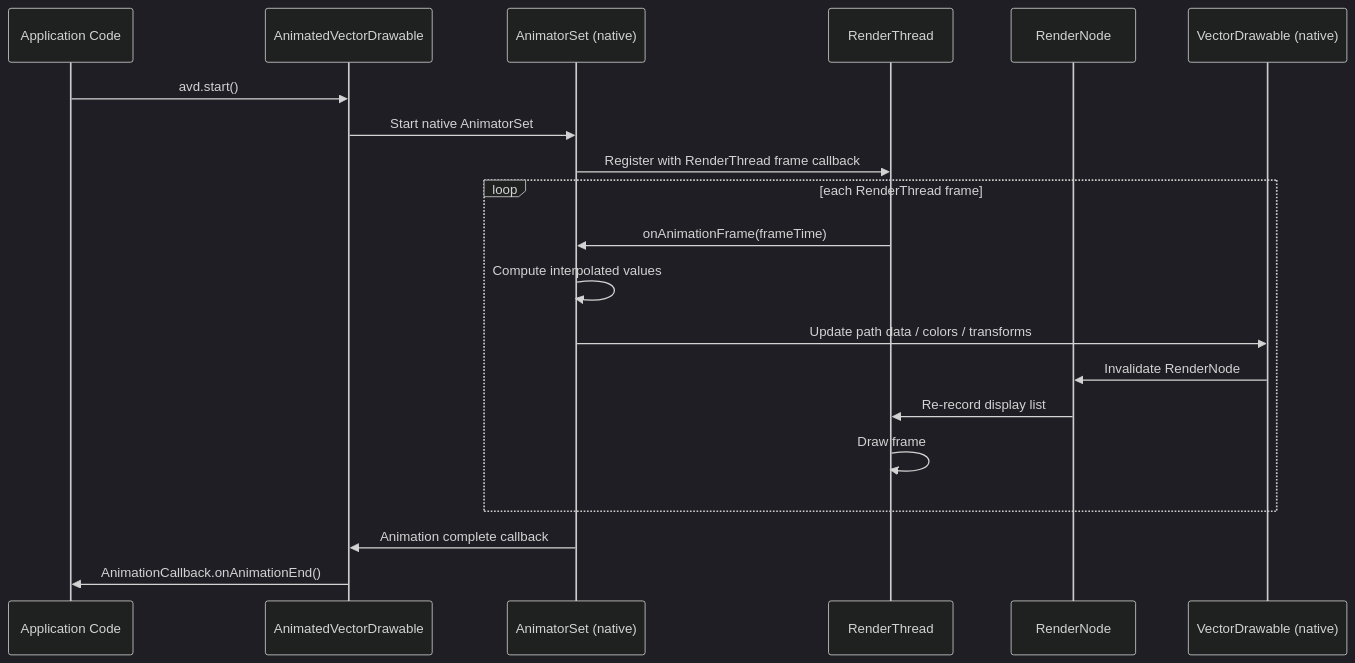
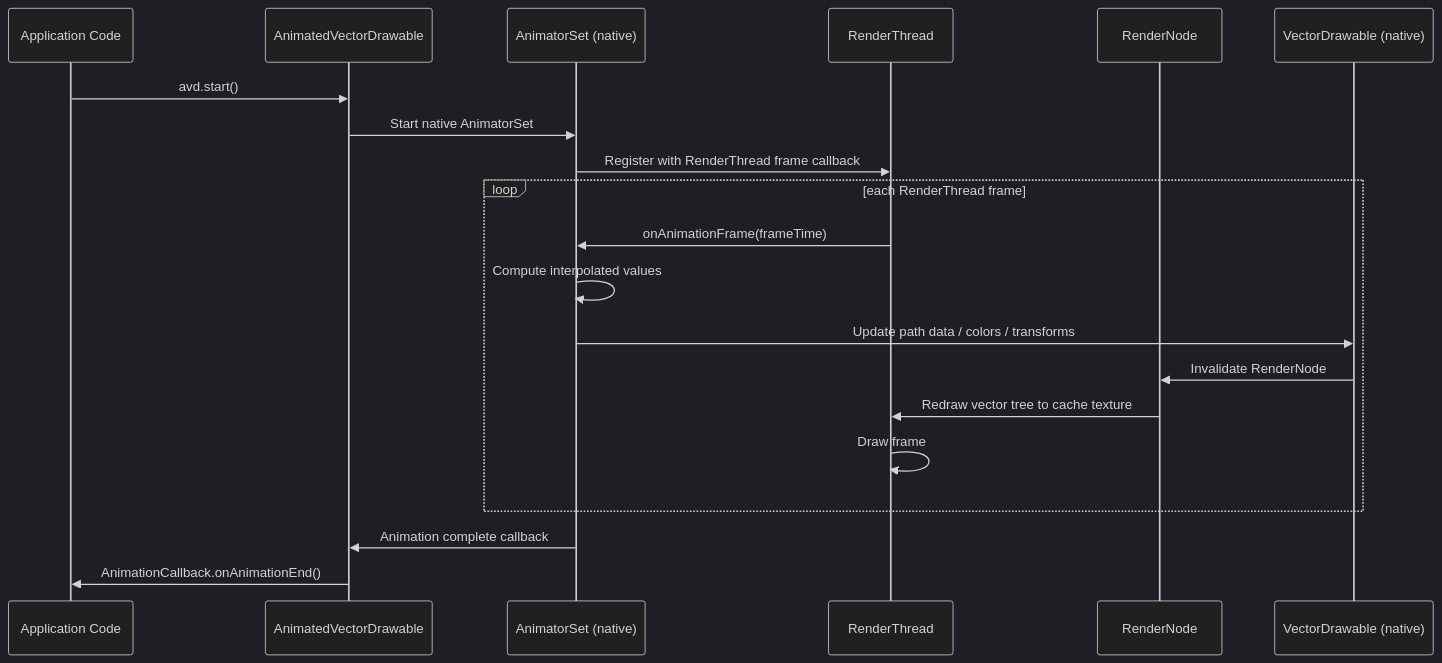
Diagram 36 of 47 in 14-animation-system.md (aospbooks/aosp-internal-book), drawn with Mermaid (dark theme) before and after one commit. The commit also changed other lines of this file and 218 other files, not shown here.

````diff
--- a/14-animation-system.md
+++ b/14-animation-system.md
@@ -3343,23 +3406,23 @@
 ```mermaid
 sequenceDiagram
     participant App as Application Code
     participant AVD as AnimatedVectorDrawable
     participant AVDS as AnimatorSet (native)
     participant RT as RenderThread
     participant RN as RenderNode
     participant VD as VectorDrawable (native)
 
     App->>AVD: avd.start()
     AVD->>AVDS: Start native AnimatorSet
     AVDS->>RT: Register with RenderThread frame callback
     loop each RenderThread frame
         RT->>AVDS: onAnimationFrame(frameTime)
         AVDS->>AVDS: Compute interpolated values
         AVDS->>VD: Update path data / colors / transforms
         VD->>RN: Invalidate RenderNode
-        RN->>RT: Re-record display list
+        RN->>RT: Redraw vector tree to cache texture
         RT->>RT: Draw frame
     end
     AVDS->>AVD: Animation complete callback
     AVD->>App: AnimationCallback.onAnimationEnd()
 ```
````
